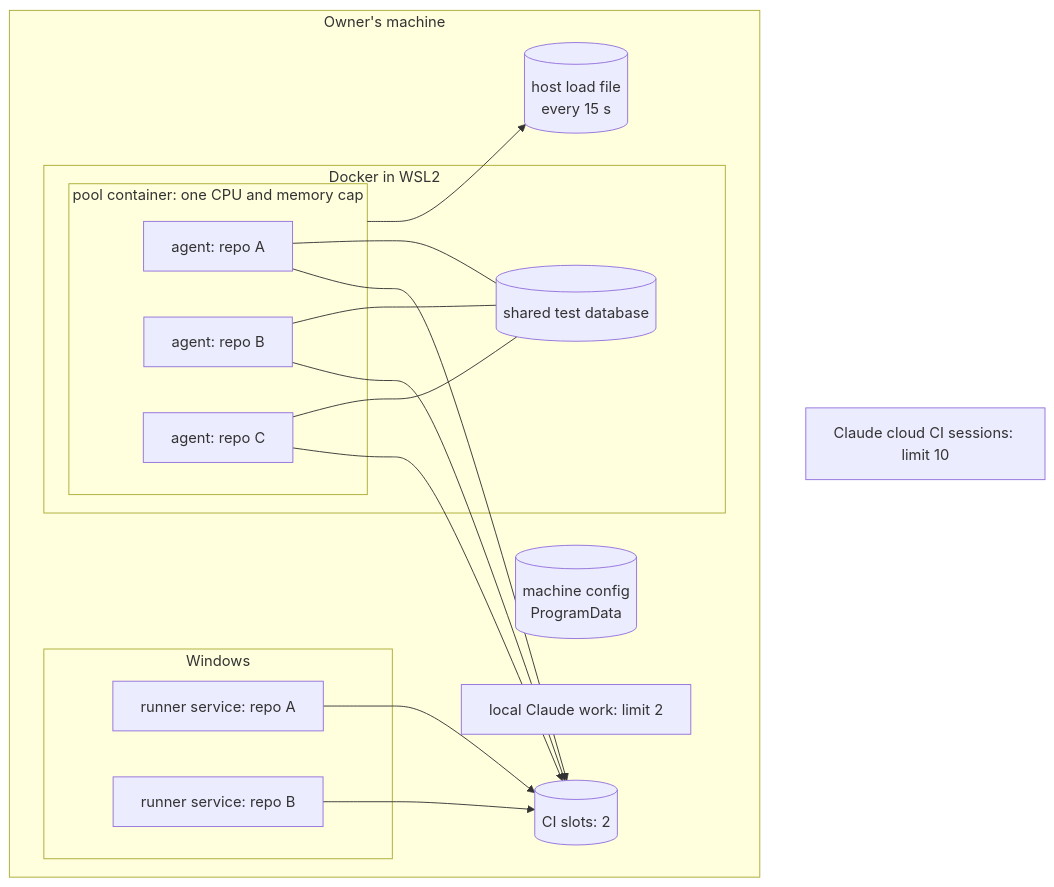
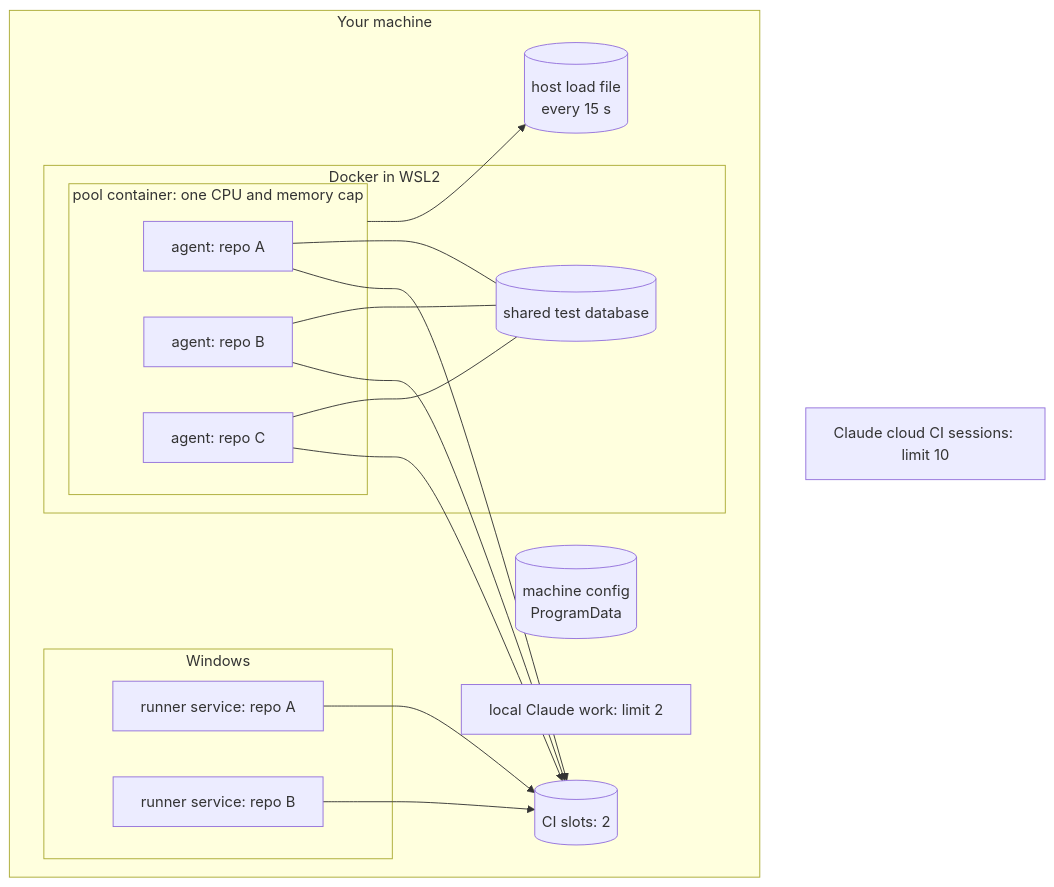
The first of 3 diagrams in docs/features/delivery/shared-self-hosted-runners.md (luis-mc/dev-standards), drawn with Mermaid before and after one commit. The commit also changed other lines of this file and 6 other files, not shown here.

````diff
--- a/docs/features/delivery/shared-self-hosted-runners.md
+++ b/docs/features/delivery/shared-self-hosted-runners.md
@@ -30,25 +33,25 @@
 ```mermaid
 flowchart TB
-  subgraph pc[Owner's machine]
+  subgraph pc[Your machine]
     cfg[(machine config<br/>ProgramData)]
     slots[(CI slots: 2)]
     hostload[(host load file<br/>every 15 s)]
     subgraph win[Windows]
       w1[runner service: repo A]
       w2[runner service: repo B]
     end
     subgraph vm[Docker in WSL2]
       subgraph pool[pool container: one CPU and memory cap]
         a1[agent: repo A]
         a2[agent: repo B]
         a3[agent: repo C]
       end
       db[(shared test database)]
     end
     local[local Claude work: limit 2]
   end
   cloud[Claude cloud CI sessions: limit 10]
   w1 & w2 & a1 & a2 & a3 --> slots
   pool --> hostload
   a1 & a2 & a3 --- db
 ```
````
